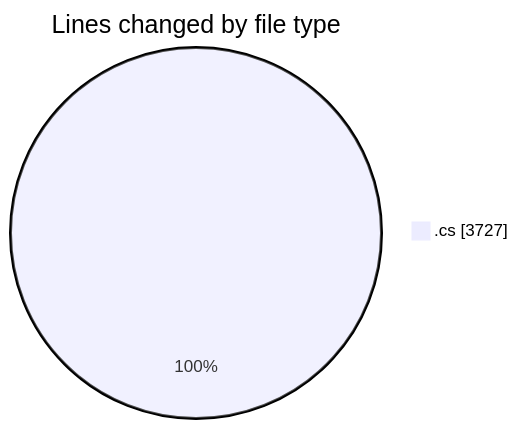
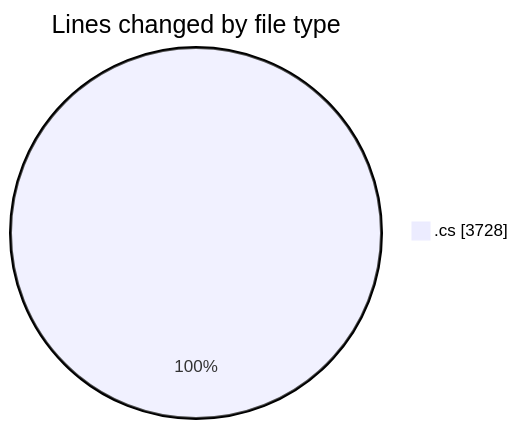
One commit to Netris89/code-tracking changed the first of 2 diagrams in 2025-03-26/back-end/README.md. Above: the diagram before and after it, drawn with Mermaid. The commit also changed other lines of this file and 1 other file, not shown here.

````diff
--- a/2025-03-26/back-end/README.md
+++ b/2025-03-26/back-end/README.md
@@ -45,5 +45,5 @@
 ```mermaid
 pie showData
 title Lines changed by file type
-".cs" : 3727
+".cs" : 3728
 ```
````
